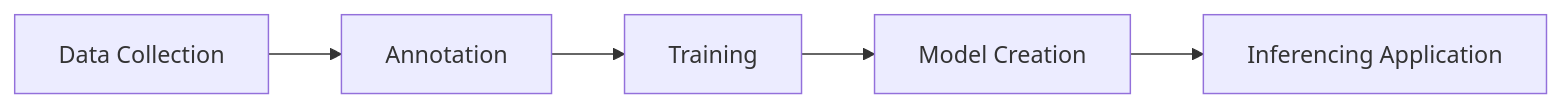
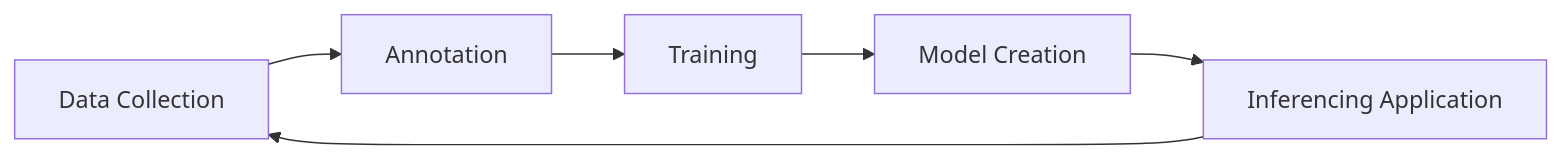
Before and after one commit to antoniomtz/ai-cv-workshop: the diagram in slides.md, drawn with Mermaid. The commit also changed other lines of this file and 2 other files, not shown here.

````diff
--- a/slides.md
+++ b/slides.md
@@ -257,7 +276,7 @@
 ```mermaid {theme: 'default',scale: 1, alt: 'A simple sequence diagram'}
 flowchart LR
     data["Data Collection"]
     model["Model Creation"]
     inference["Inferencing Application"]
-    data --> Annotation --> Training --> model --> inference   
+    data --> Annotation --> Training --> model --> inference --> data   
 ```
````
